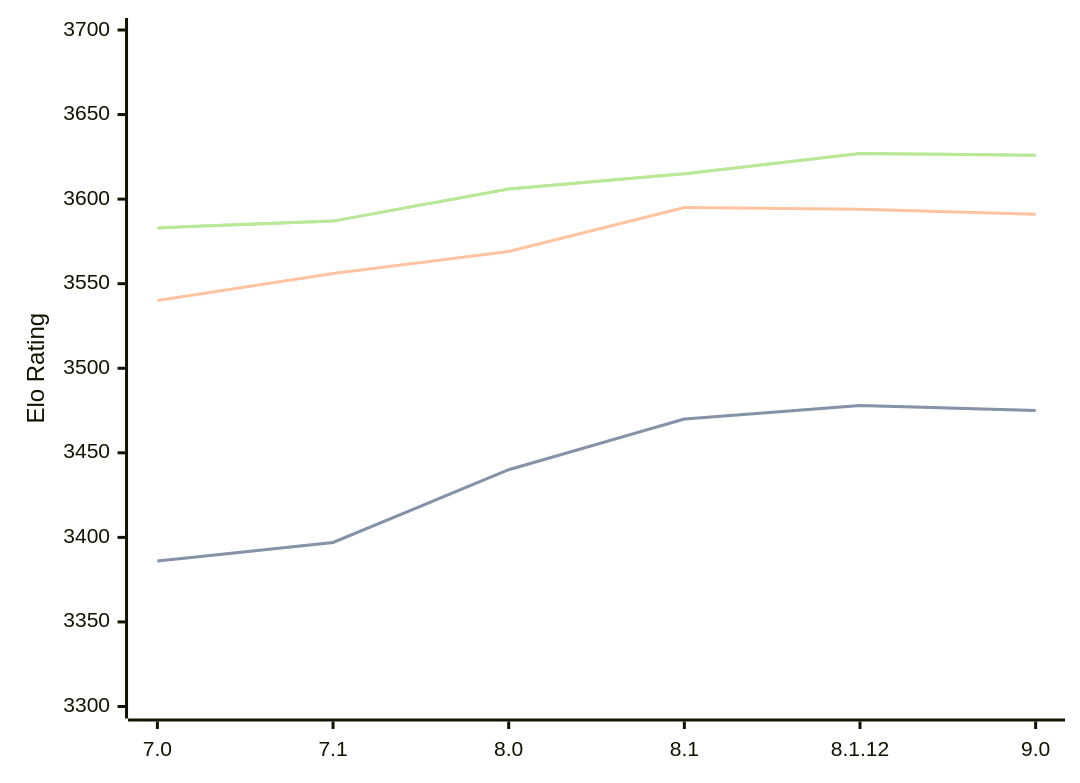
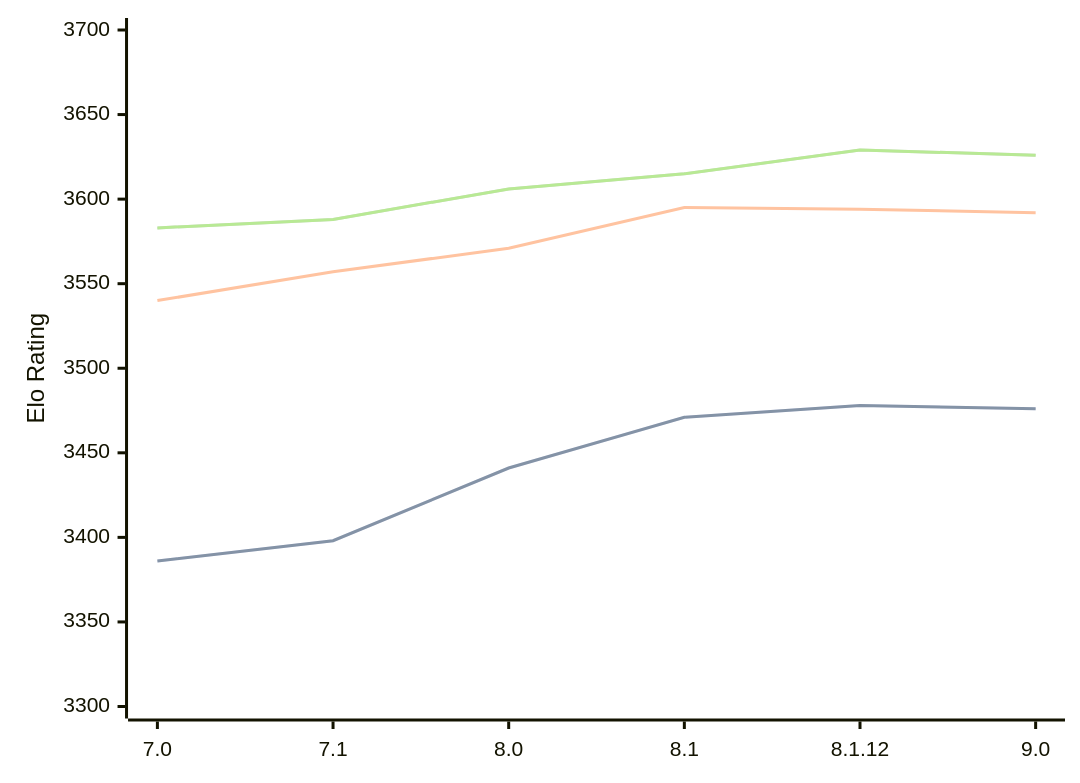
The diagram in engines/Alexandria.md (computer-chess-index/cci), drawn with Mermaid before and after one commit. The commit also changed other lines of this file, not shown here.

Commit message:
Update CCI Ratings (ELO VLTC) - 2026-05-17

````diff
--- a/engines/Alexandria.md
+++ b/engines/Alexandria.md
@@ -55,11 +55,11 @@
 ```mermaid
 %%{init: {"theme":"base","themeVariables":{"seriesColors:['#a3a3a3','#222221','#faa371']}}}%%
 xychart-beta
   x-axis ["7.0", "7.1", "8.0", "8.1", "8.1.12", "9.0"]
   y-axis "Elo Rating" 3300 --> 3700
-  line "STC (8.0+0.08s)" [3386, 3397, 3440, 3470, 3478, 3475]
-  line "STC (8.0+0.08s)" [3386, 3397, 3440, 3470, 3478, 3475]
-  line "LTC (60.0+0.60s)" [3540, 3556, 3569, 3595, 3594, 3591]
-  line "VLTC (2m24s+1.12s)" [3583, 3587, 3606, 3615, 3627, 3626]
-  line "VLTC (2m24s+1.12s)" [3583, 3587, 3606, 3615, 3627, 3626]
+  line "STC (8.0+0.08s)" [3386, 3398, 3441, 3471, 3478, 3476]
+  line "STC (8.0+0.08s)" [3386, 3398, 3441, 3471, 3478, 3476]
+  line "LTC (60.0+0.60s)" [3540, 3557, 3571, 3595, 3594, 3592]
+  line "VLTC (2m24s+1.12s)" [3583, 3588, 3606, 3615, 3629, 3626]
+  line "VLTC (2m24s+1.12s)" [3583, 3588, 3606, 3615, 3629, 3626]
 ```
````
